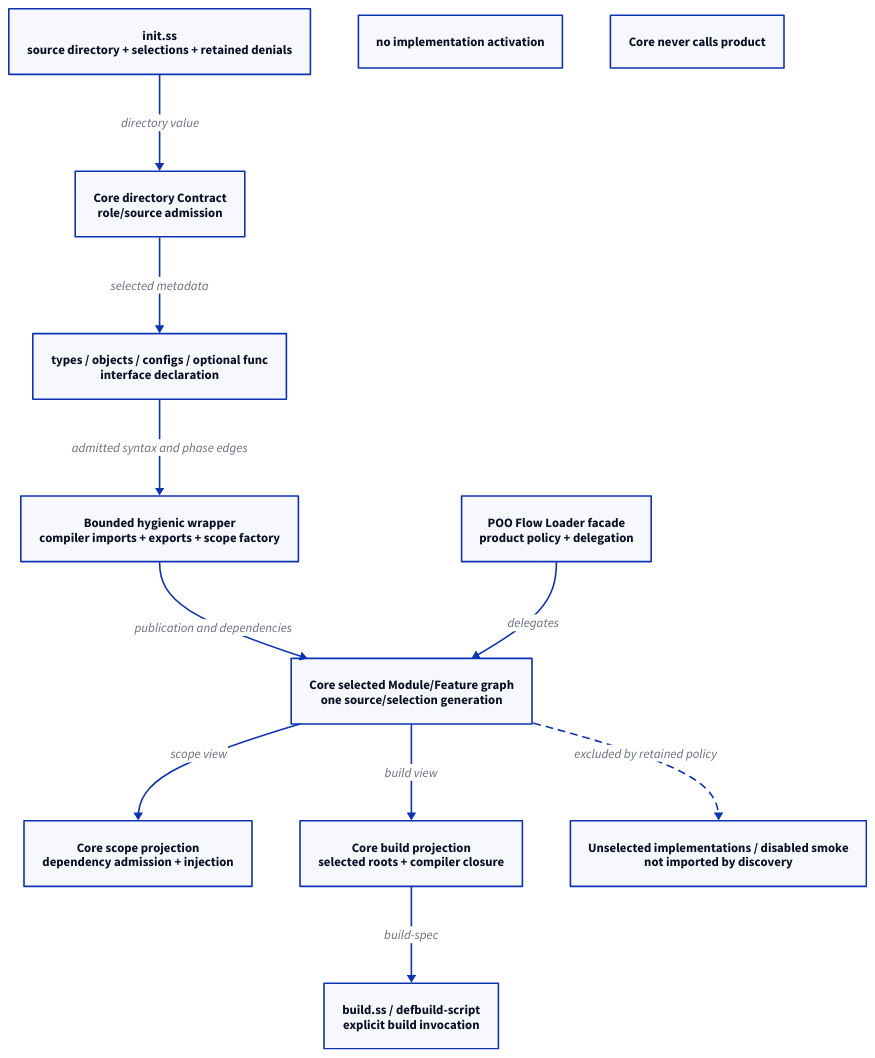
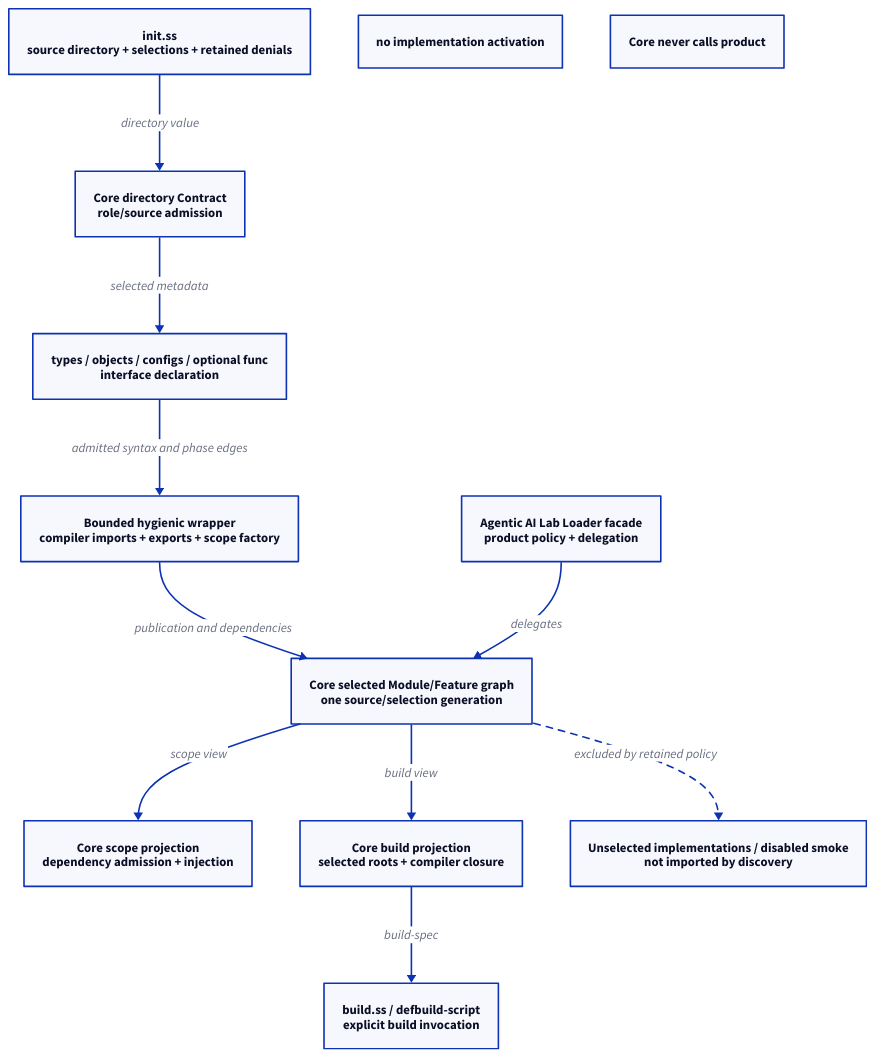
One commit to tao3k/gebril-yuanxu changed the diagram in docs/10-19-design/11-configuration-languages/diagrams/guestbook-module-chain.d2. Above: the diagram before and after it, drawn with D2. The commit also changed 507 other files, not shown here.

```diff
--- a/docs/10-19-design/11-configuration-languages/diagrams/guestbook-module-chain.d2
+++ b/docs/10-19-design/11-configuration-languages/diagrams/guestbook-module-chain.d2
@@ -1,24 +1,24 @@
 # SPDX-FileCopyrightText: 2026 tao3k team and Contributors
 # SPDX-License-Identifier: Apache-2.0 AND LGPL-2.1-or-later
 direction: down
 init: "init.ss\nsource directory + selections + retained denials"
 source: "Core directory Contract\nrole/source admission"
 roles: "types / objects / configs / optional func\ninterface declaration"
 wrapper: "Bounded hygienic wrapper\ncompiler imports + exports + scope factory"
 selection: "Core selected Module/Feature graph\none source/selection generation"
-product: "POO Flow Loader facade\nproduct policy + delegation"
+product: "Agentic AI Lab Loader facade\nproduct policy + delegation"
 scope: "Core scope projection\ndependency admission + injection"
 build: "Core build projection\nselected roots + compiler closure"
 script: "build.ss / defbuild-script\nexplicit build invocation"
 init -> source: directory value; no implementation activation
 source -> roles: selected metadata
 roles -> wrapper: admitted syntax and phase edges
 wrapper -> selection: publication and dependencies
 product -> selection: delegates; Core never calls product
 selection -> scope: scope view
 selection -> build: build view
 build -> script: build-spec
 cold: "Unselected implementations / disabled smoke\nnot imported by discovery"
 selection -> cold: excluded by retained policy {
   style.stroke-dash: 4
 }
```
